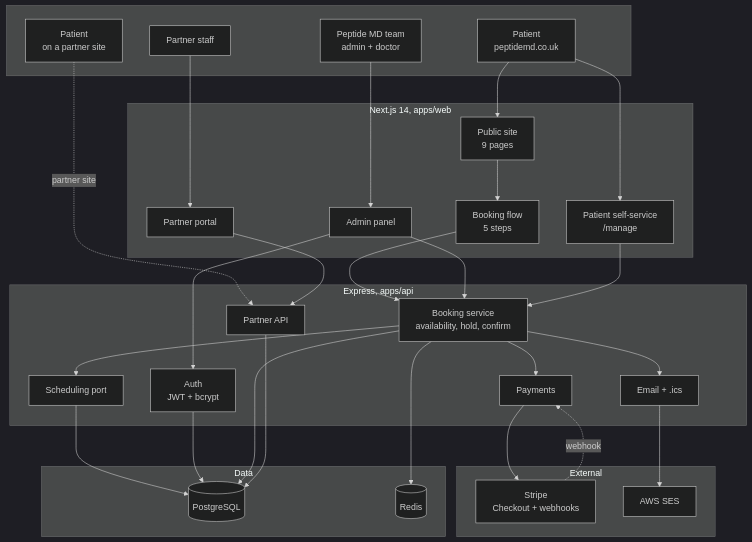
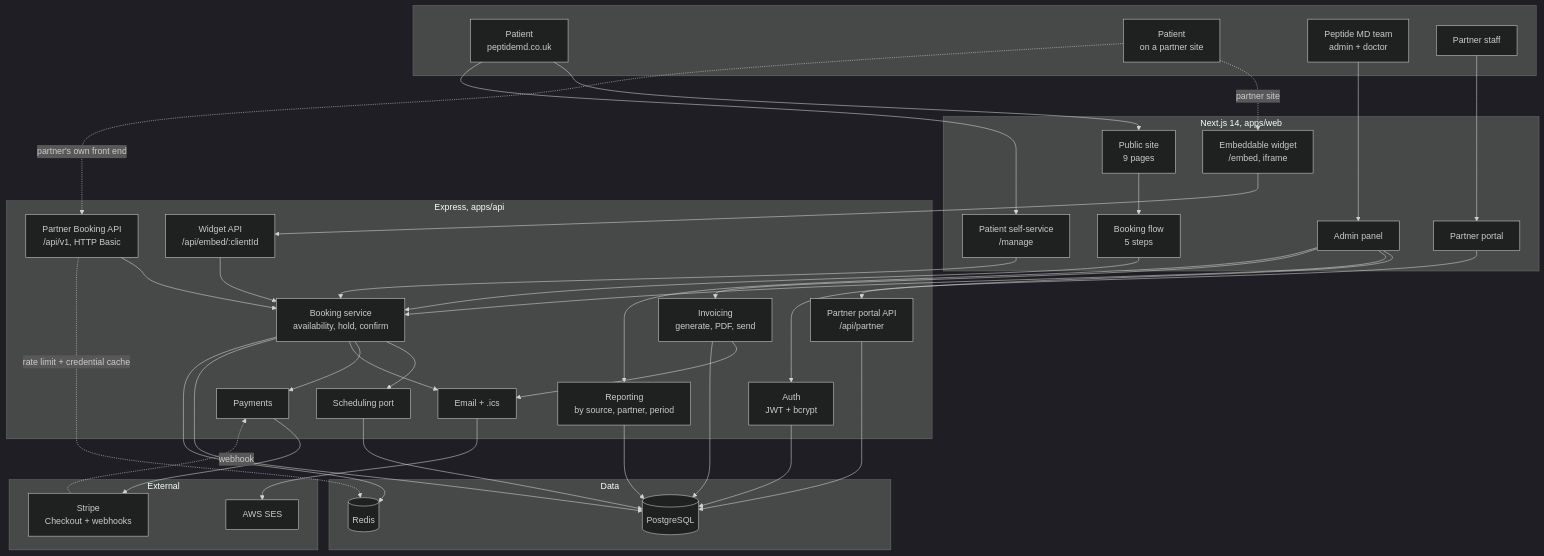
The first of 4 diagrams in docs/architecture.md (thegensiumtech/peptide-md), drawn with Mermaid (dark theme) before and after one commit. The commit also changed other lines of this file and 45 other files, not shown here.

First line of the commit message:
feat(m2): admin reporting and partner API documentation

````diff
--- a/docs/architecture.md
+++ b/docs/architecture.md
@@ -15,56 +15,66 @@
 ```mermaid
 flowchart TB
   subgraph clients [ ]
     P[Patient<br/>peptidemd.co.uk]
     PP[Patient<br/>on a partner site]
     A[Peptide MD team<br/>admin + doctor]
     PS[Partner staff]
   end
 
   subgraph web [Next.js 14, apps/web]
     MKT[Public site<br/>9 pages]
     BOOK[Booking flow<br/>5 steps]
     ADM[Admin panel]
     POR[Partner portal]
     MAN[Patient self-service<br/>/manage]
+    WID[Embeddable widget<br/>/embed, iframe]
   end
 
   subgraph api [Express, apps/api]
     AUTH[Auth<br/>JWT + bcrypt]
     BK[Booking service<br/>availability, hold, confirm]
     SCH[Scheduling port]
     PAY[Payments]
     MAIL[Email + .ics]
-    PRT[Partner API]
+    PRT[Partner portal API<br/>/api/partner]
+    V1[Partner Booking API<br/>/api/v1, HTTP Basic]
+    EMB[Widget API<br/>/api/embed/:clientId]
+    INV[Invoicing<br/>generate, PDF, send]
+    REP[Reporting<br/>by source, partner, period]
   end
 
   subgraph ext [External]
     STRIPE[Stripe<br/>Checkout + webhooks]
     SES[AWS SES]
   end
 
   subgraph data [Data]
     PG[(PostgreSQL)]
     RD[(Redis)]
   end
 
   P --> MKT --> BOOK
-  PP -.partner site.-> PRT
+  PP -.partner site.-> WID
+  PP -.partner's own front end.-> V1
   A --> ADM
   PS --> POR
   P --> MAN
 
   BOOK --> BK
-  ADM --> AUTH & BK
+  ADM --> AUTH & BK & INV & REP
   POR --> PRT
   MAN --> BK
+  WID --> EMB
 
+  V1 & EMB --> BK
   BK --> SCH
   SCH --> PG
   BK --> PAY --> STRIPE
   BK --> MAIL --> SES
+  INV --> MAIL
   STRIPE -.webhook.-> PAY
 
-  AUTH & BK & PRT --> PG
+  AUTH & BK & PRT & INV & REP --> PG
   BK --> RD
+  V1 -.rate limit + credential cache.-> RD
 ```
````
